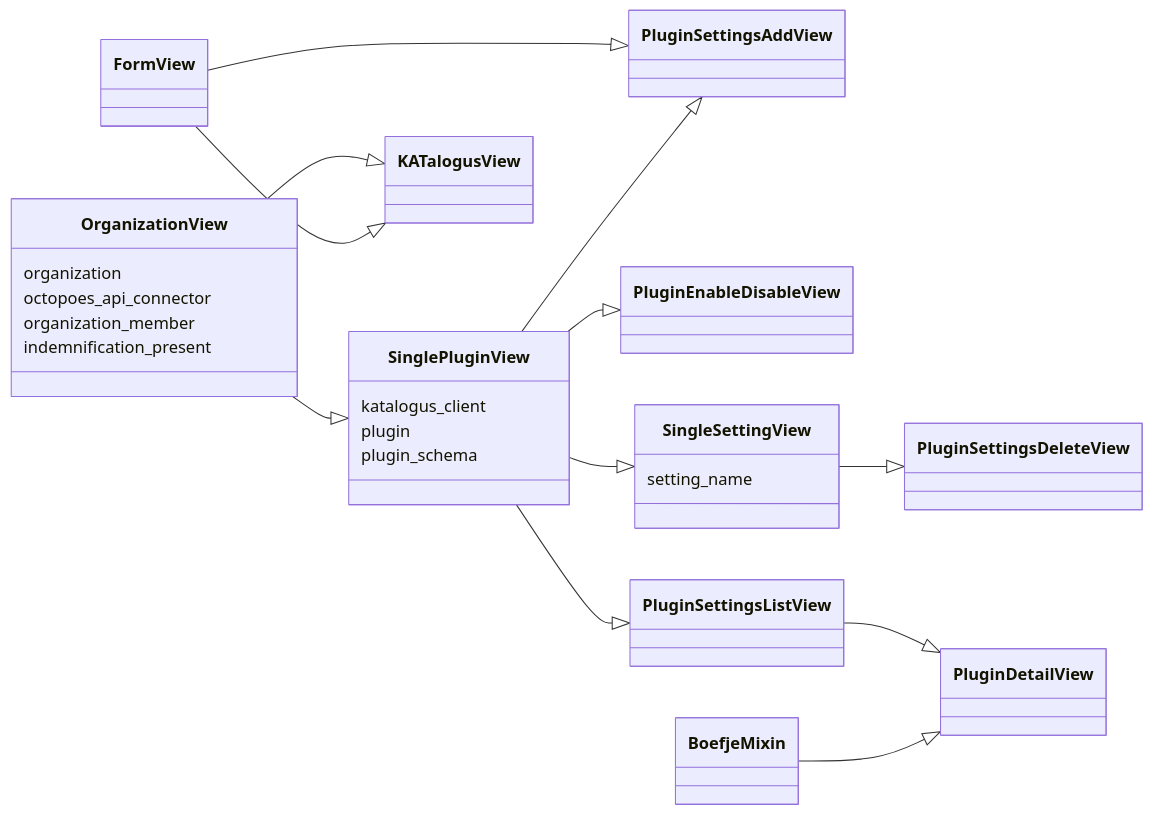
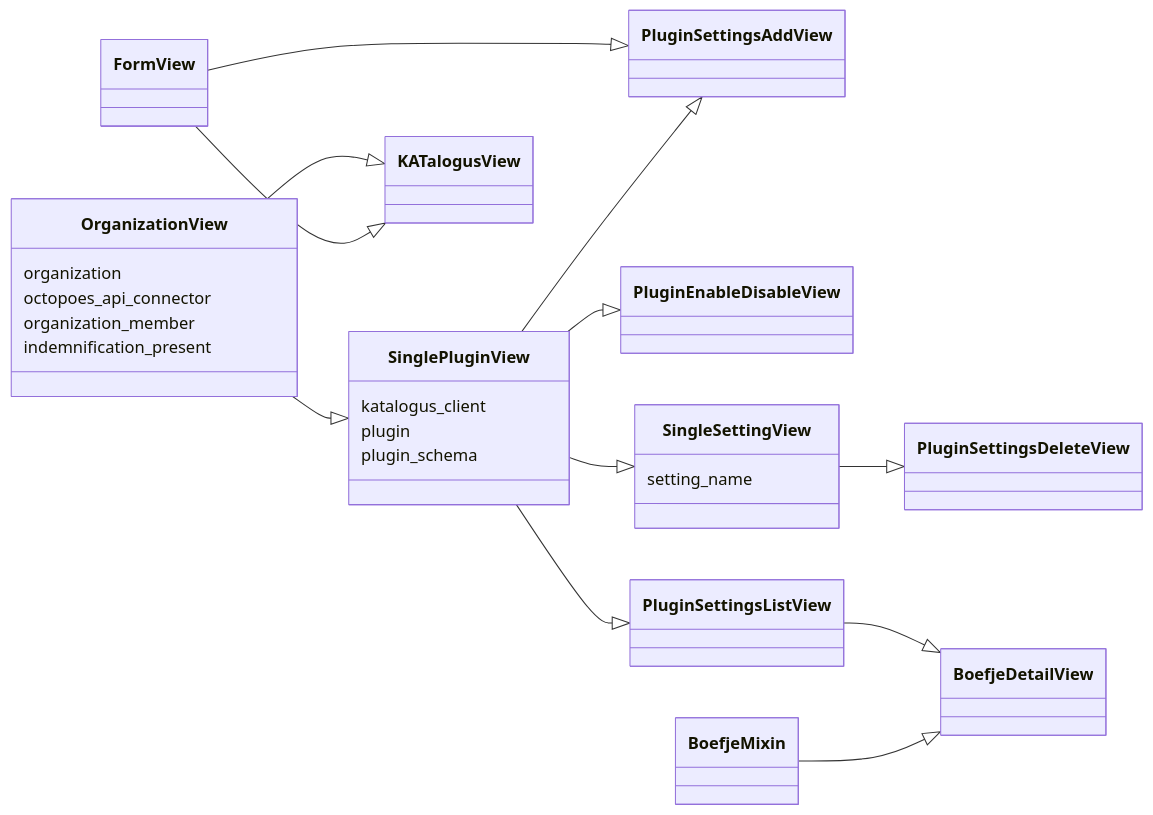
The fourth of 4 diagrams in docs/source/developer_documentation/rocky.md (minvws/nl-kat-coordination), drawn with Mermaid before and after one commit. The commit also changed other lines of this file and 27 other files, not shown here.

Commit message:
Refactor plugin detail view structures to add normalizer detail view

````diff
--- a/docs/source/developer_documentation/rocky.md
+++ b/docs/source/developer_documentation/rocky.md
@@ -226,38 +226,38 @@
 ```{mermaid}
 classDiagram
 direction RL
     class FormView
     class OrganizationView
     class SinglePluginView
     class KATalogusView
     class PluginSettingsAddView
     class PluginEnableDisableView
     class SingleSettingView
     class PluginSettingsListView
 
     OrganizationView : organization
     OrganizationView : octopoes_api_connector
     OrganizationView : organization_member
     OrganizationView : indemnification_present
 
     SinglePluginView : katalogus_client
     SinglePluginView : plugin
     SinglePluginView : plugin_schema
 
     SingleSettingView : setting_name
 
     class PluginSettingsDeleteView
-    class PluginDetailView
+    class BoefjeDetailView
 
     KATalogusView  <|--  OrganizationView
     KATalogusView  <|--  FormView
     SinglePluginView  <|--  OrganizationView
     SingleSettingView  <|--  SinglePluginView
-    PluginDetailView  <|--  PluginSettingsListView
-    PluginDetailView  <|--  BoefjeMixin
+    BoefjeDetailView  <|--  PluginSettingsListView
+    BoefjeDetailView  <|--  BoefjeMixin
     PluginEnableDisableView  <|--  SinglePluginView
     PluginSettingsAddView  <|--  FormView
     PluginSettingsAddView  <|--  SinglePluginView
     PluginSettingsDeleteView  <|--  SingleSettingView
     PluginSettingsListView  <|--  SinglePluginView
 ```
````
